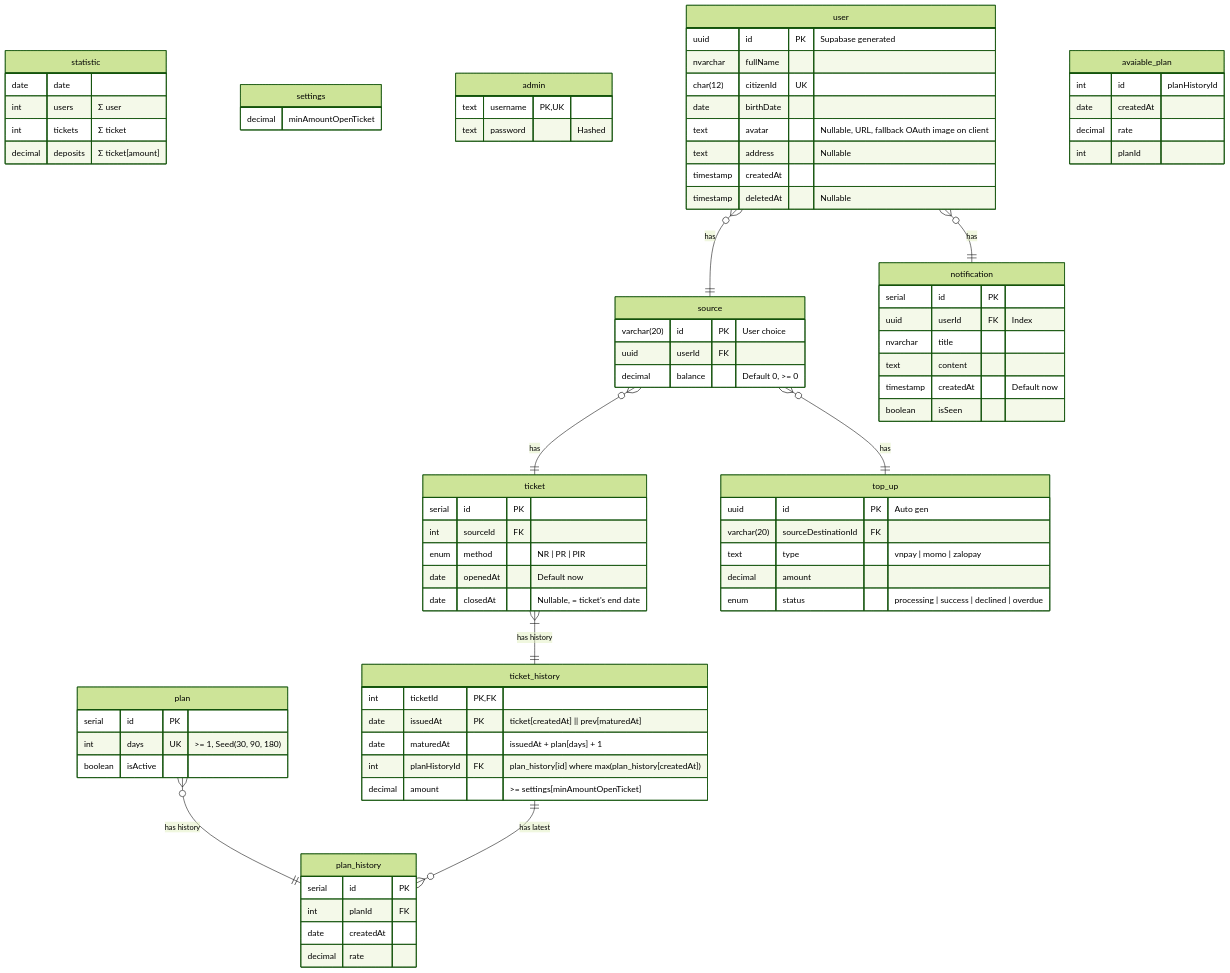
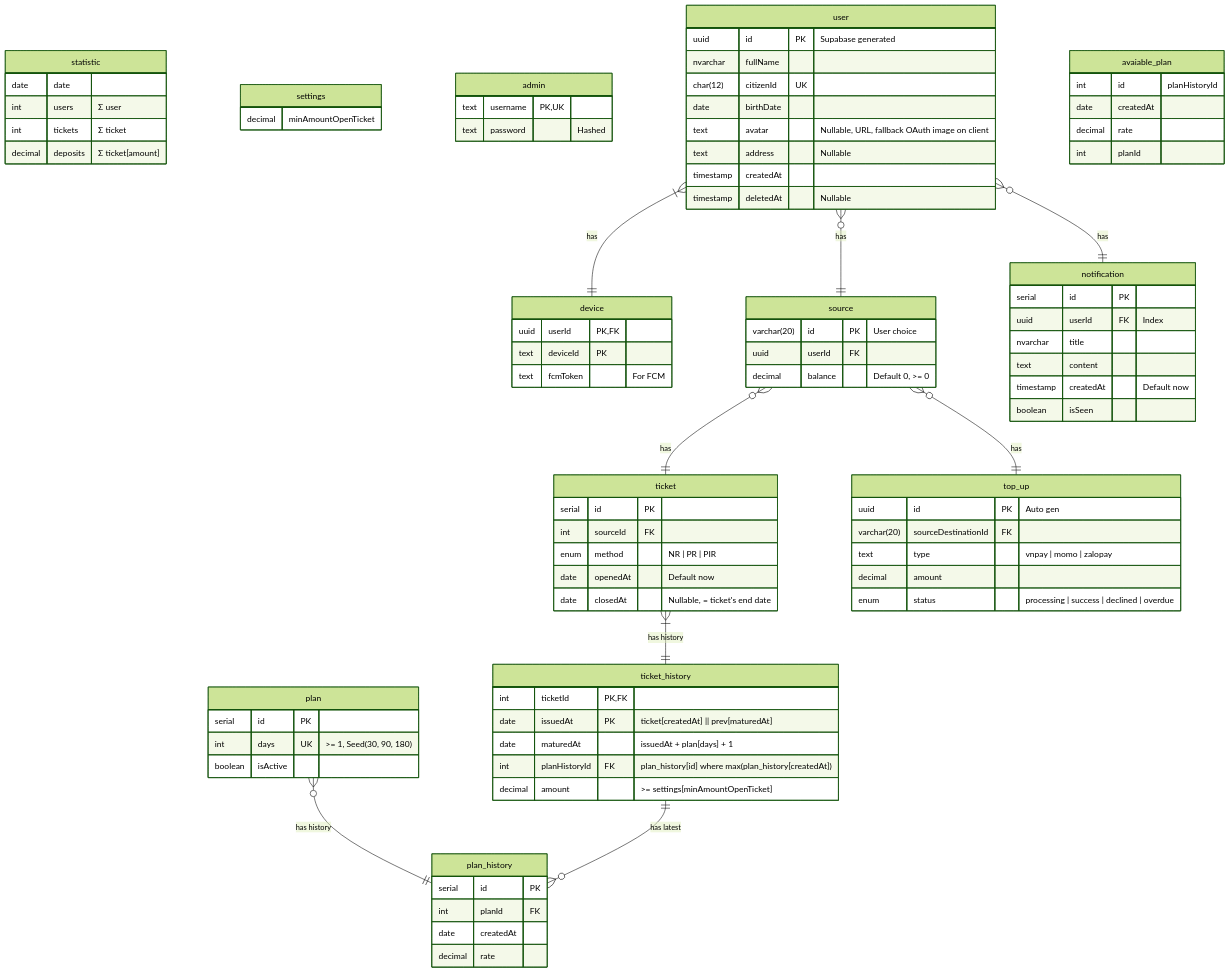
Before and after one commit to coinhub-uit/coinhub-uit.github.io: the diagram in docs/diagrams/database.md, drawn with Mermaid (forest theme).

Commit message:
feat(db): add device table

```diff
--- a/docs/diagrams/database.md
+++ b/docs/diagrams/database.md
@@ -31,6 +31,12 @@
     text address "Nullable"
     timestamp createdAt
     timestamp deletedAt "Nullable"
+  }
+
+  device {
+    uuid userId PK,FK
+    text deviceId PK
+    text fcmToken "For FCM"
   }
 
   source {
@@ -93,6 +99,7 @@
   }
 
   user }o--|| notification : "has"
+  user }|--|| device : "has"
   user }o--|| source : "has"
   source }o--|| ticket : "has"
   ticket }|--|| ticket_history : "has history"
```
